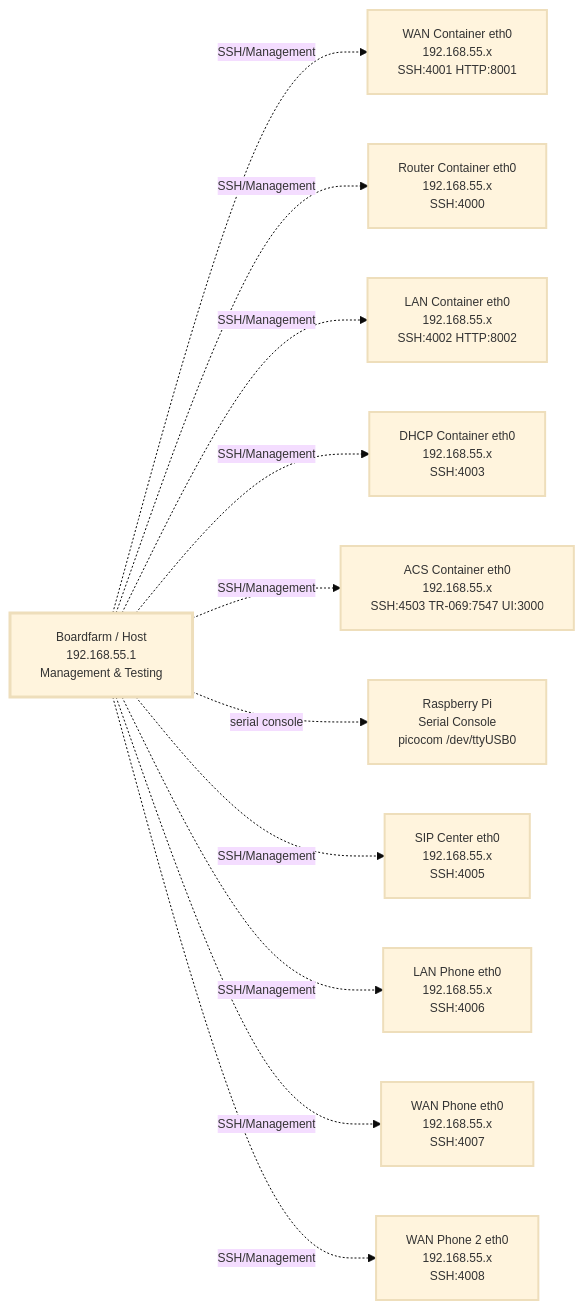
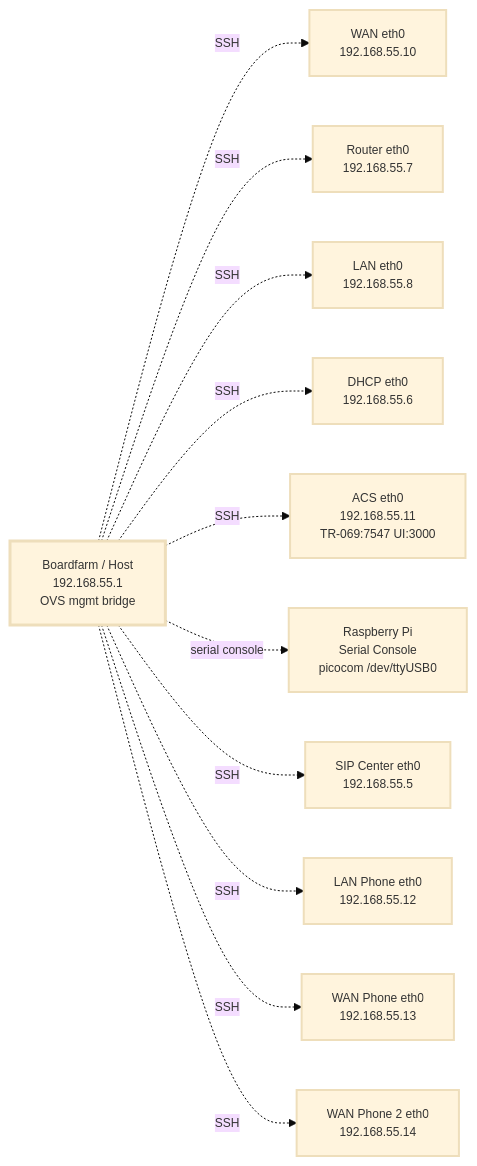
One commit to alottabits/boardfarm-bdd changed the first of 2 diagrams in docs/examples/cpe-physical/testbed-topology.md. Above: the diagram before and after it, drawn with Mermaid. The commit also changed other lines of this file and 17 other files, not shown here.

````diff
--- a/docs/examples/cpe-physical/testbed-topology.md
+++ b/docs/examples/cpe-physical/testbed-topology.md
@@ -47,34 +47,33 @@
 ```mermaid
 %%{init: {'theme': 'base', 'themeVariables': { 'fontSize': '12px', 'fontFamily': 'arial' }}}%%
 flowchart LR
-    MGMT[Boardfarm / Host<br/>192.168.55.1<br/>Management & Testing]
+    MGMT[Boardfarm / Host<br/>192.168.55.1<br/>OVS mgmt bridge]
 
-    WAN_MGMT[WAN Container eth0<br/>192.168.55.x<br/>SSH:4001 HTTP:8001]
-    ROUTER_MGMT[Router Container eth0<br/>192.168.55.x<br/>SSH:4000]
-    LAN_MGMT[LAN Container eth0<br/>192.168.55.x<br/>SSH:4002 HTTP:8002]
-    DHCP_MGMT[DHCP Container eth0<br/>192.168.55.x<br/>SSH:4003]
-    ACS_MGMT[ACS Container eth0<br/>192.168.55.x<br/>SSH:4503 TR-069:7547 UI:3000]
+    WAN_MGMT[WAN eth0<br/>192.168.55.10]
+    ROUTER_MGMT[Router eth0<br/>192.168.55.7]
+    LAN_MGMT[LAN eth0<br/>192.168.55.8]
+    DHCP_MGMT[DHCP eth0<br/>192.168.55.6]
+    ACS_MGMT[ACS eth0<br/>192.168.55.11<br/>TR-069:7547 UI:3000]
     CPE_MGMT[Raspberry Pi<br/>Serial Console<br/>picocom /dev/ttyUSB0]
-    SIP_MGMT[SIP Center eth0<br/>192.168.55.x<br/>SSH:4005]
-    LAN_PHONE_MGMT[LAN Phone eth0<br/>192.168.55.x<br/>SSH:4006]
-    WAN_PHONE_MGMT[WAN Phone eth0<br/>192.168.55.x<br/>SSH:4007]
-    WAN_PHONE2_MGMT[WAN Phone 2 eth0<br/>192.168.55.x<br/>SSH:4008]
+    SIP_MGMT[SIP Center eth0<br/>192.168.55.5]
+    LAN_PHONE_MGMT[LAN Phone eth0<br/>192.168.55.12]
+    WAN_PHONE_MGMT[WAN Phone eth0<br/>192.168.55.13]
+    WAN_PHONE2_MGMT[WAN Phone 2 eth0<br/>192.168.55.14]
 
-    %% Management Connections
-    MGMT -.->|SSH/Management| WAN_MGMT
-    MGMT -.->|SSH/Management| ROUTER_MGMT
-    MGMT -.->|SSH/Management| LAN_MGMT
-    MGMT -.->|SSH/Management| DHCP_MGMT
-    MGMT -.->|SSH/Management| ACS_MGMT
+    MGMT -.->|SSH| WAN_MGMT
+    MGMT -.->|SSH| ROUTER_MGMT
+    MGMT -.->|SSH| LAN_MGMT
+    MGMT -.->|SSH| DHCP_MGMT
+    MGMT -.->|SSH| ACS_MGMT
     MGMT -.->|serial console| CPE_MGMT
-    MGMT -.->|SSH/Management| SIP_MGMT
-    MGMT -.->|SSH/Management| LAN_PHONE_MGMT
-    MGMT -.->|SSH/Management| WAN_PHONE_MGMT
-    MGMT -.->|SSH/Management| WAN_PHONE2_MGMT
+    MGMT -.->|SSH| SIP_MGMT
+    MGMT -.->|SSH| LAN_PHONE_MGMT
+    MGMT -.->|SSH| WAN_PHONE_MGMT
+    MGMT -.->|SSH| WAN_PHONE2_MGMT
 
     classDef mgmt stroke-width:3px
     classDef management stroke-width:2px
 
     class MGMT mgmt
     class WAN_MGMT,ROUTER_MGMT,LAN_MGMT,DHCP_MGMT,ACS_MGMT,CPE_MGMT,SIP_MGMT,LAN_PHONE_MGMT,WAN_PHONE_MGMT,WAN_PHONE2_MGMT management
 ```
````
